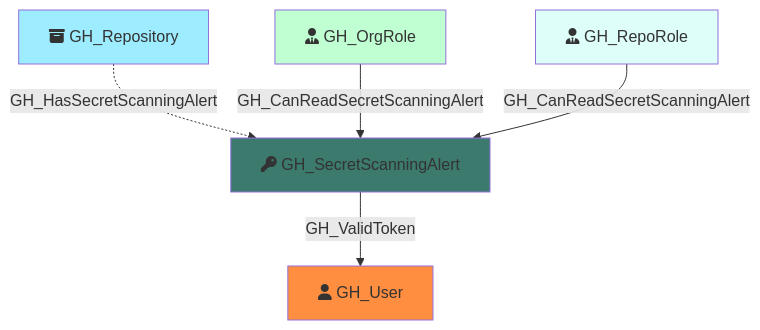
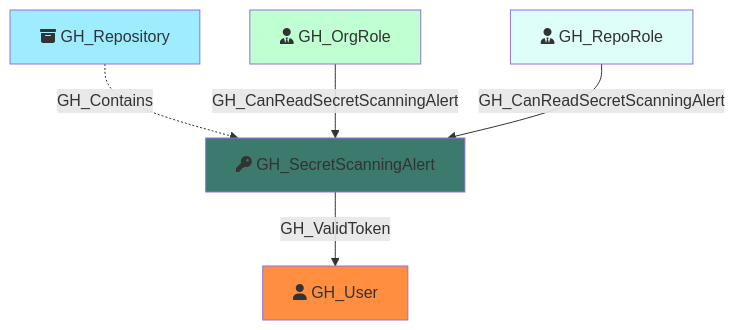
One commit to SpecterOps/GitHound changed the diagram in Documentation/NodeDescriptions/GH_SecretScanningAlert.md. Above: the diagram before and after it, drawn with Mermaid. The commit also changed other lines of this file and 45 other files, not shown here.

````diff
--- a/Documentation/NodeDescriptions/GH_SecretScanningAlert.md
+++ b/Documentation/NodeDescriptions/GH_SecretScanningAlert.md
@@ -42,19 +42,19 @@
 ```mermaid
 flowchart TD
     GH_Repository[fa:fa-box-archive GH_Repository]
     GH_SecretScanningAlert[fa:fa-key GH_SecretScanningAlert]
     GH_User[fa:fa-user GH_User]
     GH_OrgRole[fa:fa-user-tie GH_OrgRole]
     GH_RepoRole[fa:fa-user-tie GH_RepoRole]
 
     style GH_Repository fill:#9EECFF
     style GH_SecretScanningAlert fill:#3C7A6E
     style GH_User fill:#FF8E40
     style GH_OrgRole fill:#BFFFD1
     style GH_RepoRole fill:#DEFEFA
 
-    GH_Repository -.->|GH_HasSecretScanningAlert| GH_SecretScanningAlert
+    GH_Repository -.->|GH_Contains| GH_SecretScanningAlert
     GH_SecretScanningAlert -->|GH_ValidToken| GH_User
     GH_OrgRole -->|GH_CanReadSecretScanningAlert| GH_SecretScanningAlert
     GH_RepoRole -->|GH_CanReadSecretScanningAlert| GH_SecretScanningAlert
 ```
````
